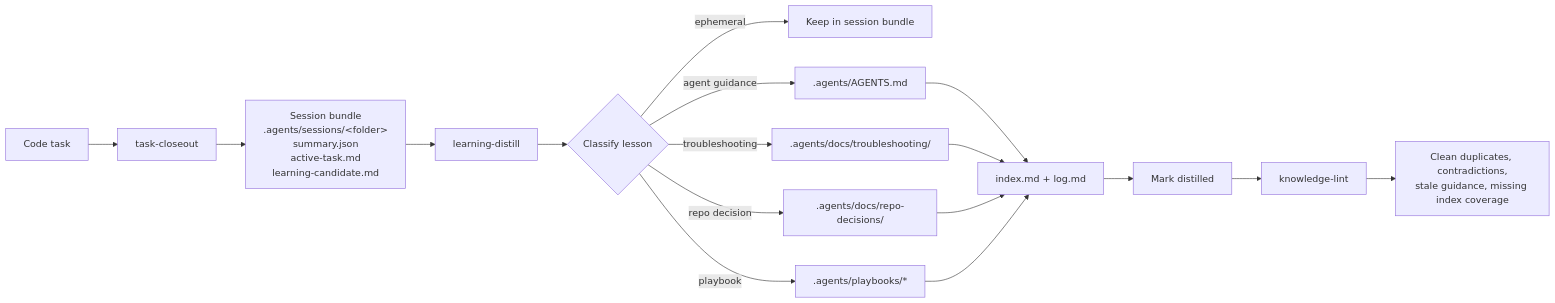
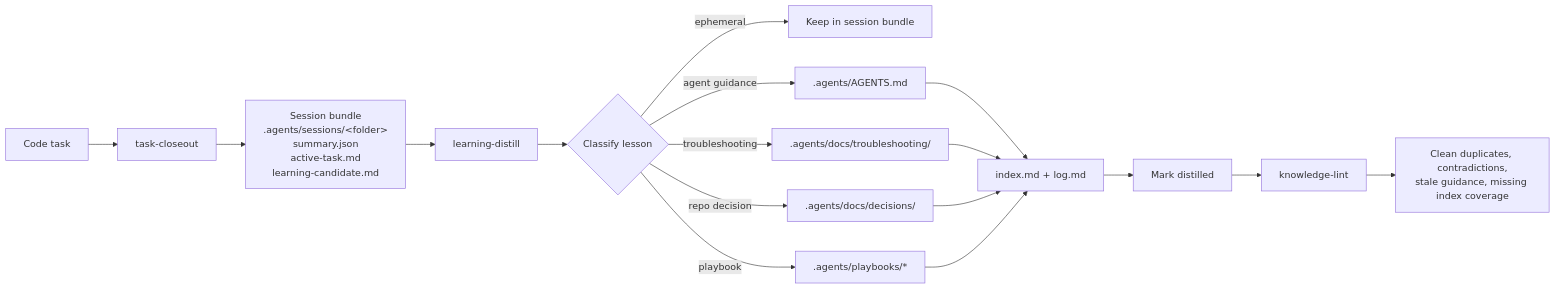
The diagram in README.md (Hypercubed/Agent-Knowledge-Starter-Kit), drawn with Mermaid before and after one commit. The commit also changed other lines of this file and 51 other files, not shown here.

````diff
--- a/README.md
+++ b/README.md
@@ -77,23 +77,23 @@
 ```mermaid
 flowchart LR
     A[Code task] --> B[task-closeout]
     B --> C[Session bundle<br/>.agents/sessions/&lt;folder&gt;<br/>summary.json<br/>active-task.md<br/>learning-candidate.md]
 
     C --> D[learning-distill]
     D --> E{Classify lesson}
 
     E -->|ephemeral| F[Keep in session bundle]
     E -->|agent guidance| G[.agents/AGENTS.md]
     E -->|troubleshooting| H[.agents/docs/troubleshooting/]
-    E -->|repo decision| I[.agents/docs/repo-decisions/]
+    E -->|repo decision| I[.agents/docs/decisions/]
     E -->|playbook| J[.agents/playbooks/*]
 
     G --> K[index.md + log.md]
     H --> K
     I --> K
     J --> K
 
     K --> L[Mark distilled]
     L --> M[knowledge-lint]
     M --> N[Clean duplicates, contradictions,<br/>stale guidance, missing index coverage]
 ```
````
